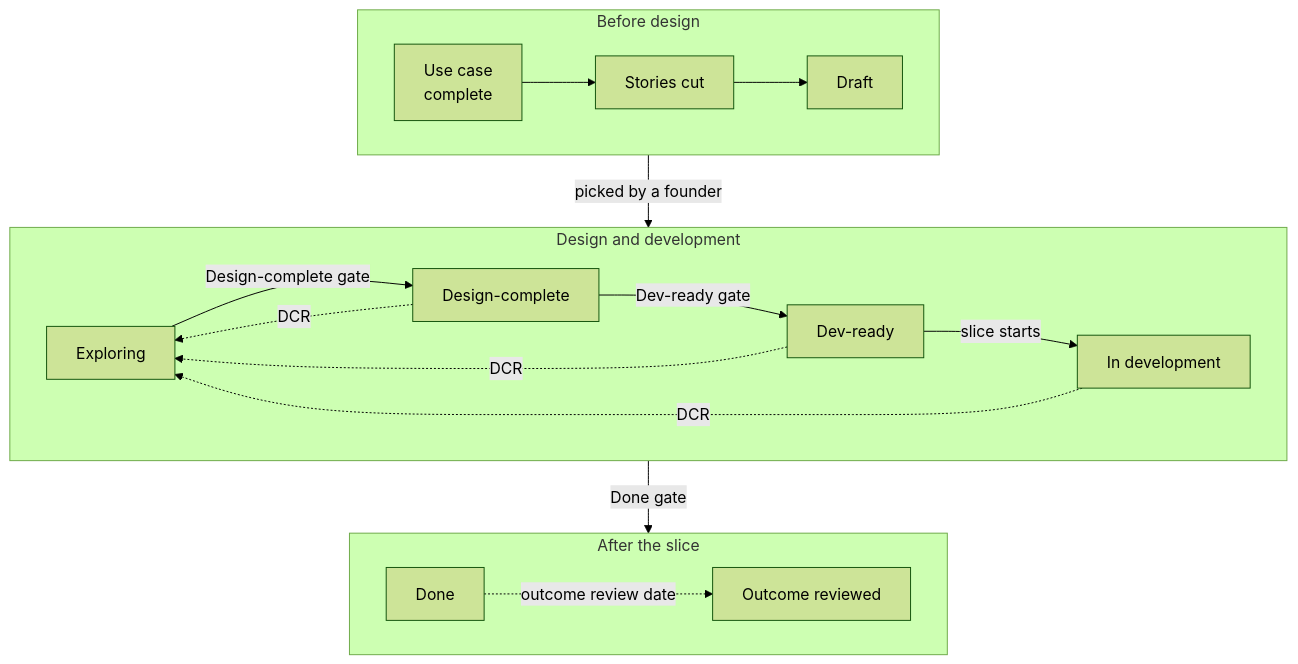
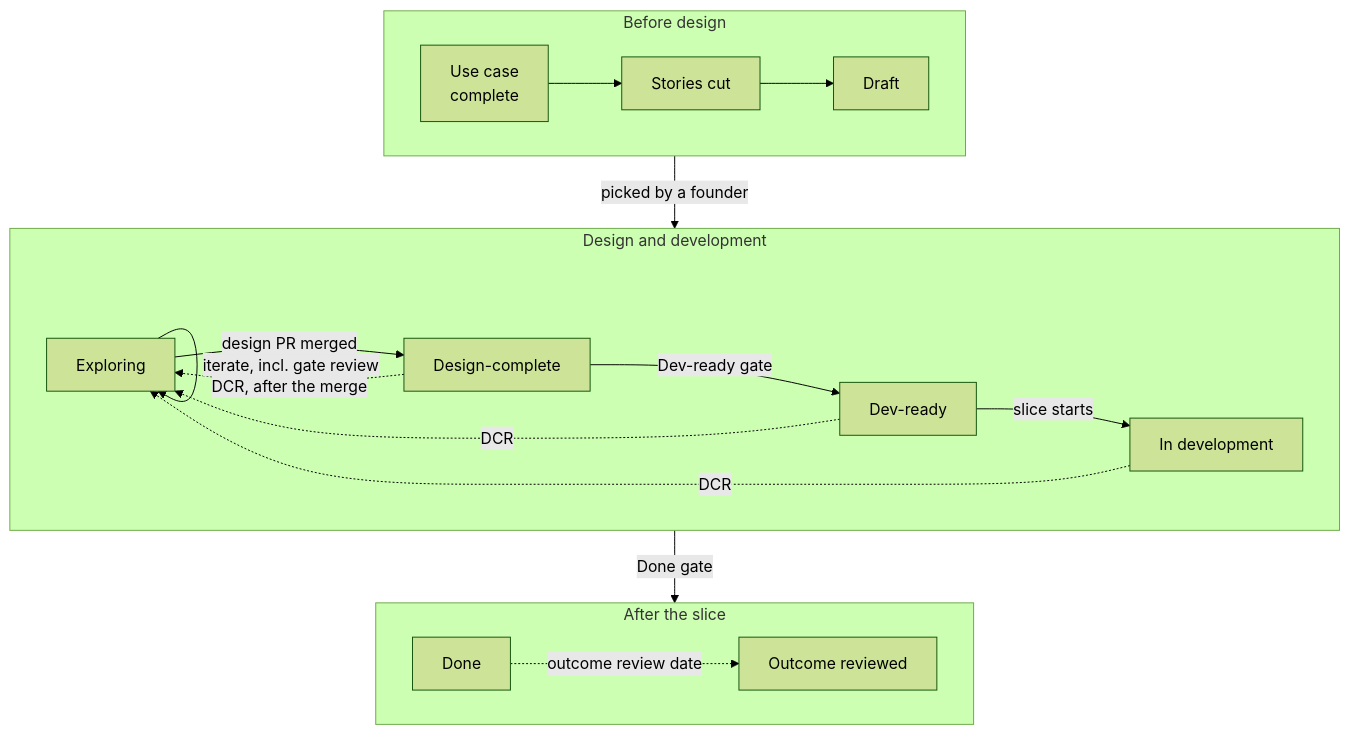
The diagram in docs/guide/01-lifecycle-and-gates.md (olivierbalalud/product-toolkit), drawn with Mermaid (forest theme) before and after one commit. The commit also changed other lines of this file and 4 other files, not shown here.

````diff
--- a/docs/guide/01-lifecycle-and-gates.md
+++ b/docs/guide/01-lifecycle-and-gates.md
@@ -9,22 +9,23 @@
 ```mermaid
 flowchart TB
   subgraph R1 [Before design]
     direction LR
     UC[Use case<br/>complete] --> US[Stories cut] --> D[Draft]
   end
   subgraph R2 [Design and development]
     direction LR
-    E[Exploring] -->|Design-complete gate| DC[Design-complete]
+    E[Exploring] -->|iterate, incl. gate review| E
+    E -->|design PR merged| DC[Design-complete]
     DC -->|Dev-ready gate| DR[Dev-ready]
     DR -->|slice starts| ID[In development]
-    DC -.->|DCR| E
+    DC -.->|DCR, after the merge| E
     DR -.->|DCR| E
     ID -.->|DCR| E
   end
   subgraph R3 [After the slice]
     direction LR
     DN[Done] -.->|outcome review date| OR[Outcome reviewed]
   end
   R1 -->|picked by a founder| R2
   R2 -->|Done gate| R3
 ```
````
